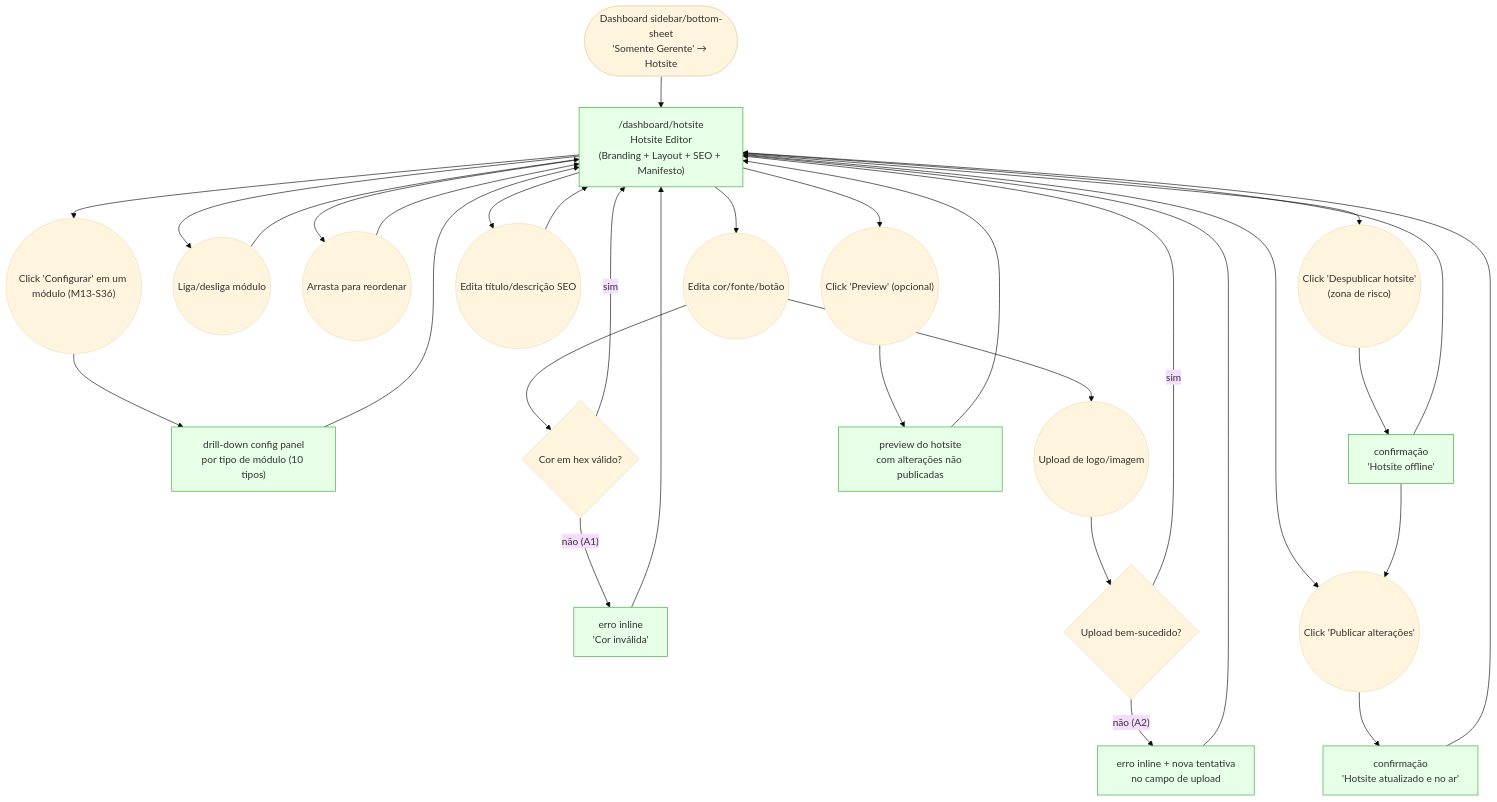
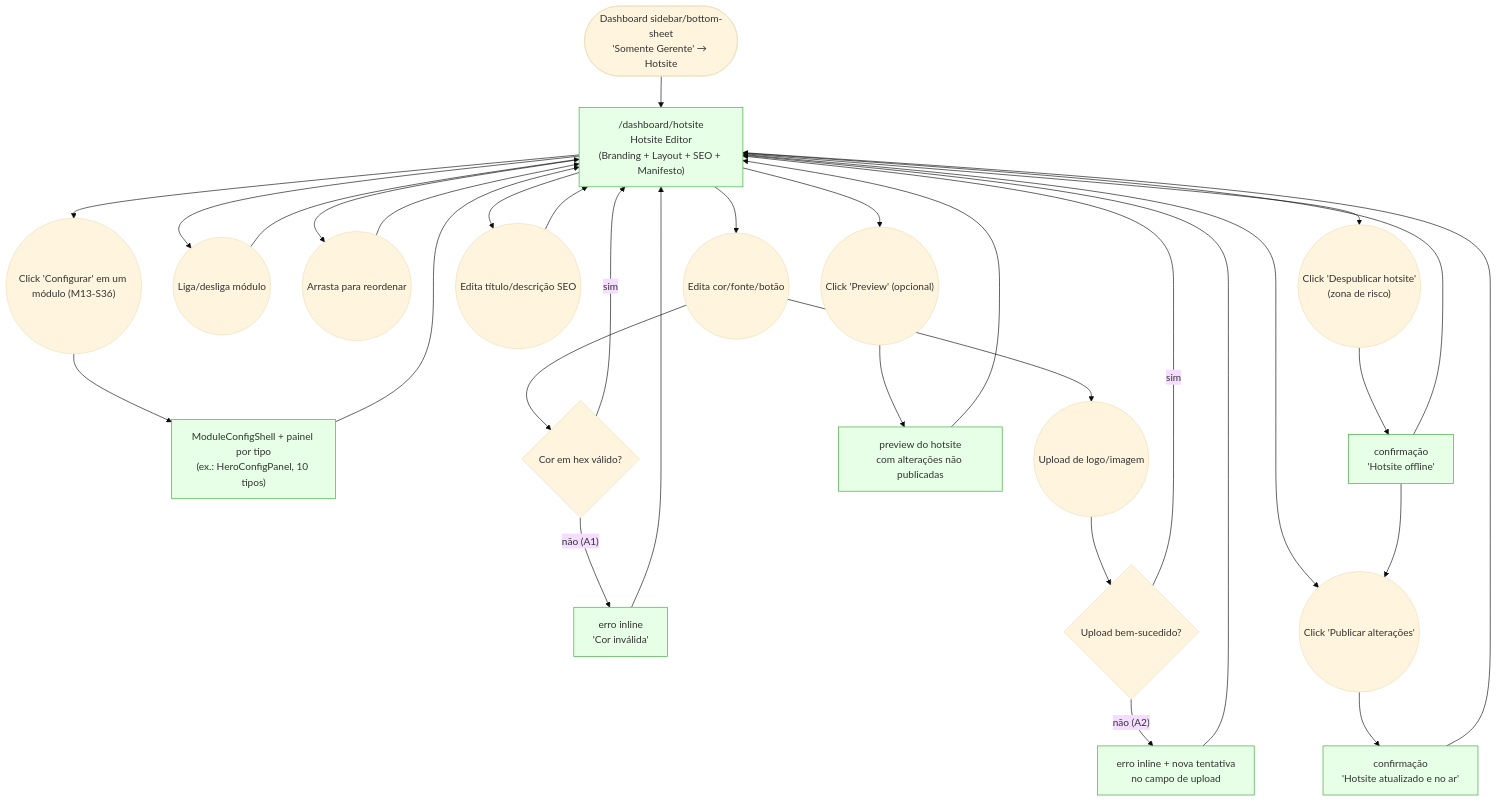
The diagram in journeys/manager/hotsite.md (lmmoreira/ikaro), drawn with Mermaid (base theme) before and after one commit. The commit also changed other lines of this file and 29 other files, not shown here.

````diff
--- a/journeys/manager/hotsite.md
+++ b/journeys/manager/hotsite.md
@@ -10,45 +10,45 @@
 ```mermaid
 flowchart TD
     classDef existing fill:#e6ffe6,stroke:#3a3
     classDef gap stroke:#f00,stroke-dasharray: 5 5,fill:#fee
 
     Start(["Dashboard sidebar/bottom-sheet<br/>'Somente Gerente' → Hotsite"]) --> Editor["/dashboard/hotsite<br/>Hotsite Editor<br/>(Branding + Layout + SEO + Manifesto)"]
 
     Editor --> EditBranding(("Edita cor/fonte/botão"))
     Editor --> ToggleModule(("Liga/desliga módulo"))
     Editor --> ReorderModule(("Arrasta para reordenar"))
     Editor --> ConfigModule(("Click 'Configurar' em um módulo (M13-S36)"))
-    ConfigModule --> ModuleConfigPanel["drill-down config panel<br/>por tipo de módulo (10 tipos)"]
-    ModuleConfigPanel --> Editor
+    ConfigModule --> ModuleConfig["ModuleConfigShell + painel por tipo<br/>(ex.: HeroConfigPanel, 10 tipos)"]
+    ModuleConfig --> Editor
     Editor --> EditSeo(("Edita título/descrição SEO"))
 
     EditBranding --> ColorValid{"Cor em hex válido?"}
     ColorValid -- "não (A1)" --> ColorError["erro inline<br/>'Cor inválida'"]
     ColorError --> Editor
     ColorValid -- "sim" --> Editor
 
     EditBranding --> ImageUpload(("Upload de logo/imagem"))
     ImageUpload --> UploadOk{"Upload bem-sucedido?"}
     UploadOk -- "não (A2)" --> UrlFallback["erro inline + nova tentativa<br/>no campo de upload"]
     UrlFallback --> Editor
     UploadOk -- "sim" --> Editor
 
     ToggleModule --> Editor
     ReorderModule --> Editor
     EditSeo --> Editor
 
     Editor --> PreviewBtn(("Click 'Preview' (opcional)"))
     PreviewBtn --> PreviewPane["preview do hotsite<br/>com alterações não publicadas"]
     PreviewPane --> Editor
 
     Editor --> PublishBtn(("Click 'Publicar alterações'"))
     PublishBtn --> PublishSuccess["confirmação<br/>'Hotsite atualizado e no ar'"]
     PublishSuccess --> Editor
 
     Editor --> UnpublishBtn(("Click 'Despublicar hotsite'<br/>(zona de risco)"))
     UnpublishBtn --> UnpublishSuccess["confirmação<br/>'Hotsite offline'"]
     UnpublishSuccess --> PublishBtn
     UnpublishSuccess --> Editor
 
-    class Editor,ColorError,UrlFallback,PreviewPane,PublishSuccess,UnpublishSuccess,ModuleConfigPanel existing
+    class Editor,ColorError,UrlFallback,PreviewPane,PublishSuccess,UnpublishSuccess,ModuleConfig existing
 ```
````
